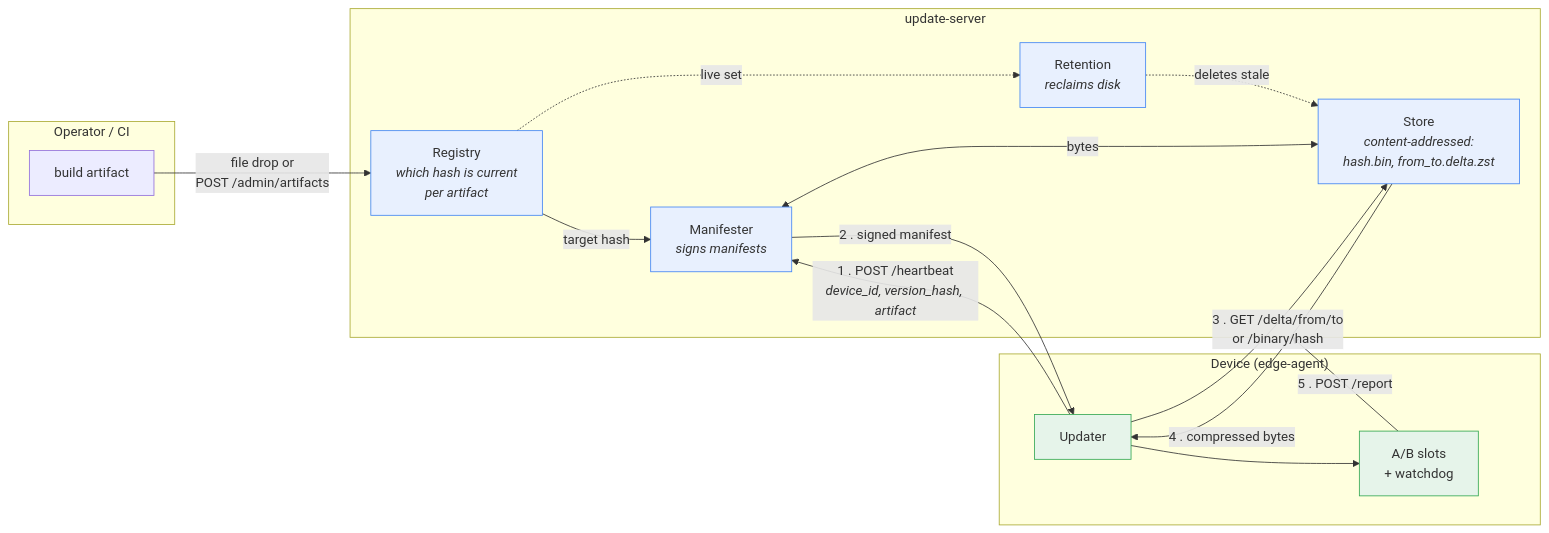
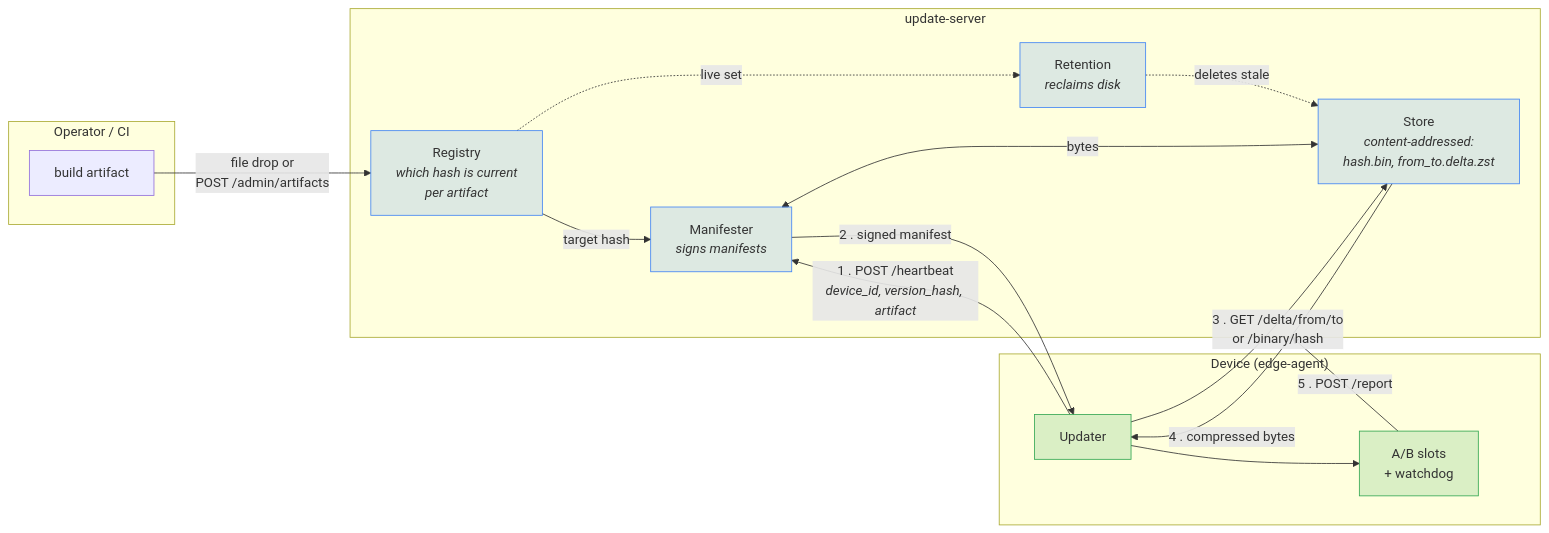
The diagram in site/content/_index.md (carlosprados/ota-updater), drawn with Mermaid before and after one commit. The commit also changed other lines of this file and 13 other files, not shown here.

First line of the commit message:
fix(docs): broken diagram, unreadable colours, duplicated H1, footer links

````diff
--- a/site/content/_index.md
+++ b/site/content/_index.md
@@ -32,36 +30,36 @@
 ```mermaid
 flowchart LR
     subgraph OPS["Operator / CI"]
         BUILD["build artifact"]
     end
 
     subgraph SERVER["update-server"]
         REG["Registry<br/><i>which hash is current<br/>per artifact</i>"]
         STORE["Store<br/><i>content-addressed:<br/>hash.bin, from_to.delta.zst</i>"]
         MAN["Manifester<br/><i>signs manifests</i>"]
         RET["Retention<br/><i>reclaims disk</i>"]
     end
 
     subgraph DEVICE["Device (edge-agent)"]
         UPD["Updater"]
         SLOTS["A/B slots<br/>+ watchdog"]
     end
 
     BUILD -->|"file drop or<br/>POST /admin/artifacts"| REG
     REG -->|"target hash"| MAN
     STORE <-->|"bytes"| MAN
     REG -.->|"live set"| RET
     RET -.->|"deletes stale"| STORE
 
     UPD -->|"1 . POST /heartbeat<br/><i>device_id, version_hash, artifact</i>"| MAN
     MAN -->|"2 . signed manifest"| UPD
     UPD -->|"3 . GET /delta/from/to<br/>or /binary/hash"| STORE
     STORE -->|"4 . compressed bytes"| UPD
     UPD --> SLOTS
     SLOTS -->|"5 . POST /report"| SERVER
 
-    classDef srv fill:#e8f0fe,stroke:#4285f4,stroke-width:1px
-    classDef dev fill:#e6f4ea,stroke:#34a853,stroke-width:1px
+    classDef srv fill:#4285f42e,stroke:#4285f4,stroke-width:1px
+    classDef dev fill:#34a8532e,stroke:#34a853,stroke-width:1px
     class REG,STORE,MAN,RET srv
     class UPD,SLOTS dev
 ```
````
